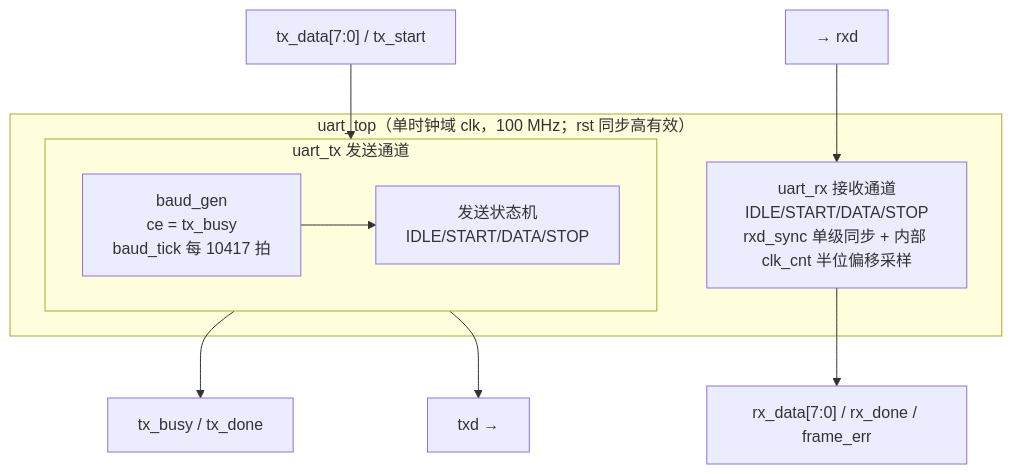
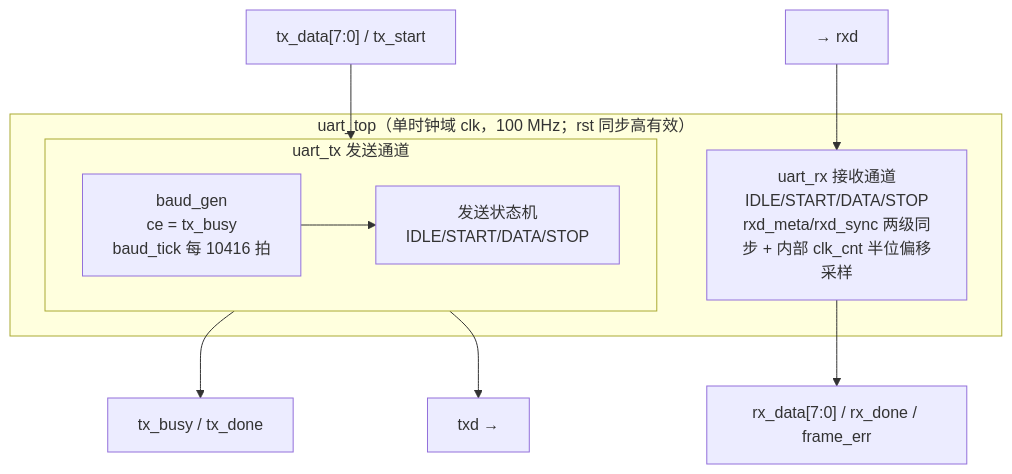
Before and after one commit to whosl/Synthia: the diagram in golden/uart/docs/03-结构设计说明.md, drawn with Mermaid. The commit also changed other lines of this file and 16 other files, not shown here.

````diff
--- a/golden/uart/docs/03-结构设计说明.md
+++ b/golden/uart/docs/03-结构设计说明.md
@@ -53,16 +53,16 @@
 ```mermaid
 flowchart TB
     subgraph TOP["uart_top（单时钟域 clk，100 MHz；rst 同步高有效）"]
         subgraph TX["uart_tx 发送通道"]
-            BG["baud_gen\nce = tx_busy\nbaud_tick 每 10417 拍"]
+            BG["baud_gen\nce = tx_busy\nbaud_tick 每 10416 拍"]
             FSM_TX["发送状态机\nIDLE/START/DATA/STOP"]
             BG --> FSM_TX
         end
-        RX["uart_rx 接收通道\nIDLE/START/DATA/STOP\nrxd_sync 单级同步 + 内部 clk_cnt 半位偏移采样"]
+        RX["uart_rx 接收通道\nIDLE/START/DATA/STOP\nrxd_meta/rxd_sync 两级同步 + 内部 clk_cnt 半位偏移采样"]
     end
     TXD_IN["tx_data[7:0] / tx_start"] --> TX
     TX --> ST["tx_busy / tx_done"]
     TX --> TXD["txd →"]
     RXD["→ rxd"] --> RX
     RX --> RXD_OUT["rx_data[7:0] / rx_done / frame_err"]
 ```
````
